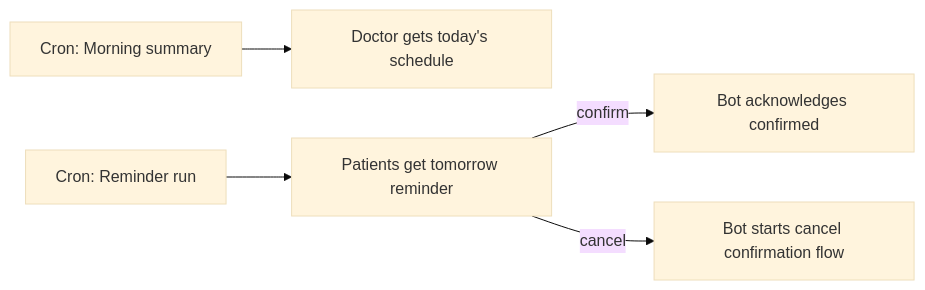
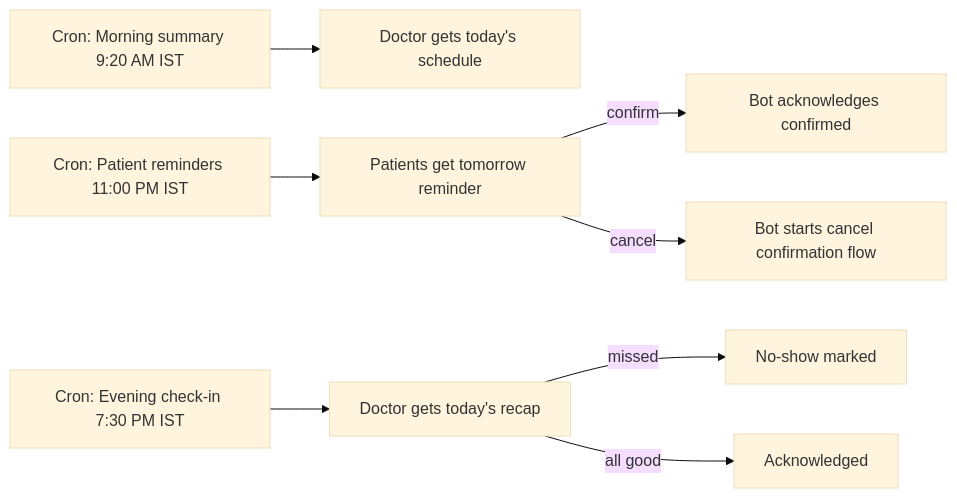
The fourth of 5 diagrams in docs/daily-flow-patient-doctor-visual.md (MrigeshDeshpande/clinic-bot), drawn with Mermaid (base theme) before and after one commit. The commit also changed other lines of this file and 9 other files, not shown here.

Commit message:
feat: enhance daily and evening check-in flows, add Devanagari support, and update cron schedules

````diff
--- a/docs/daily-flow-patient-doctor-visual.md
+++ b/docs/daily-flow-patient-doctor-visual.md
@@ -71,7 +81,10 @@
 ```mermaid
 flowchart LR
-    C1[Cron: Morning summary] --> C2[Doctor gets today's schedule]
-    C3[Cron: Reminder run] --> C4[Patients get tomorrow reminder]
+    C1[Cron: Morning summary 9:20 AM IST] --> C2[Doctor gets today's schedule]
+    C3[Cron: Patient reminders 11:00 PM IST] --> C4[Patients get tomorrow reminder]
     C4 -->|confirm| C5[Bot acknowledges confirmed]
     C4 -->|cancel| C6[Bot starts cancel confirmation flow]
+    C7[Cron: Evening check-in 7:30 PM IST] --> C8[Doctor gets today's recap]
+    C8 -->|missed <time>| C9[No-show marked]
+    C8 -->|all good| C10[Acknowledged]
 ```
````
